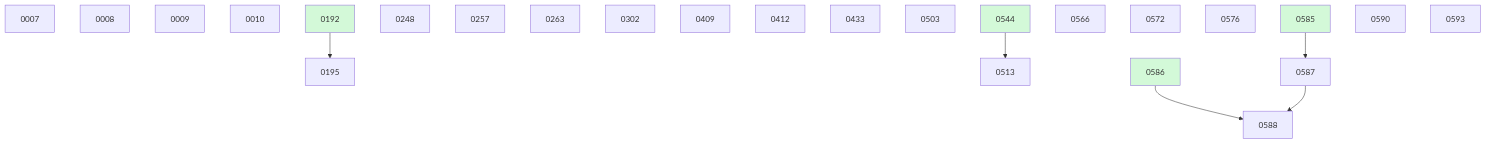
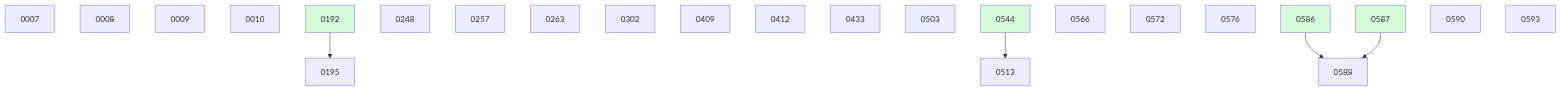
The diagram in docs/changes/BOARD.md (danielhanold/docket), drawn with Mermaid before and after one commit. The commit also changed other lines of this file and 4 other files, not shown here.

````diff
--- a/docs/changes/BOARD.md
+++ b/docs/changes/BOARD.md
@@ -41,30 +35,29 @@
 ```mermaid
 graph TD
   0007
   0008
   0009
   0010
   0192 --> 0195
   0248
   0257
   0263
   0302
   0409
   0412
   0433
   0503
   0544 --> 0513
   0566
   0572
   0576
-  0585 --> 0587
   0586 --> 0588
   0587 --> 0588
   0590
   0593
   0192:::done
   0544:::done
-  0585:::done
   0586:::done
+  0587:::done
   classDef done fill:#d3f9d8;
 ```
````
